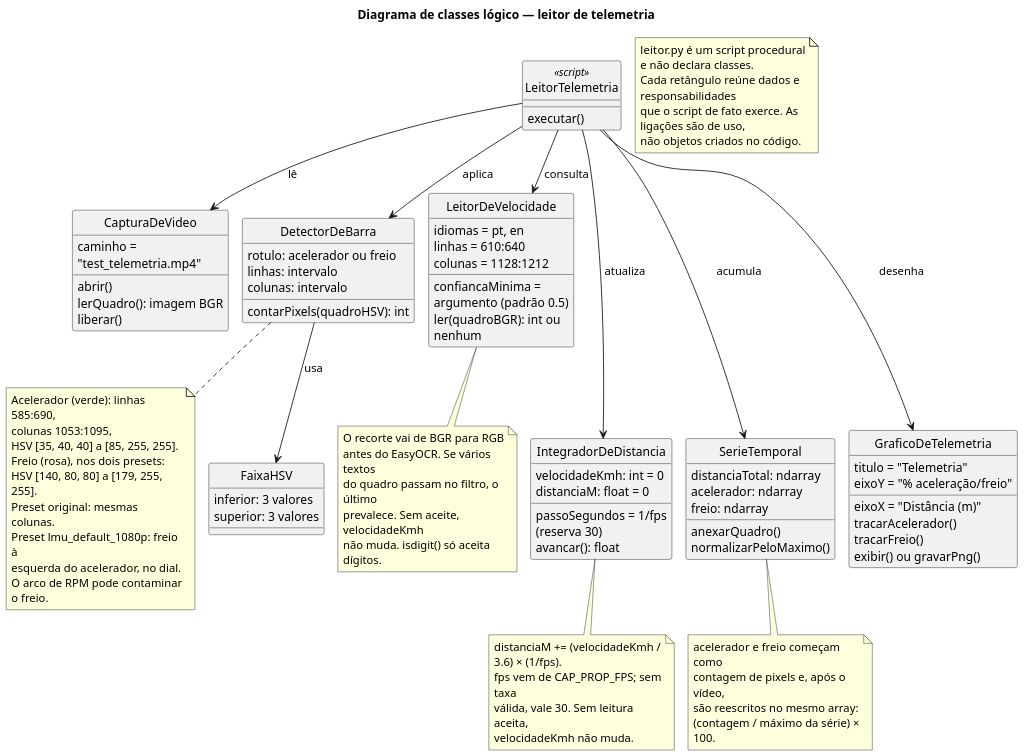
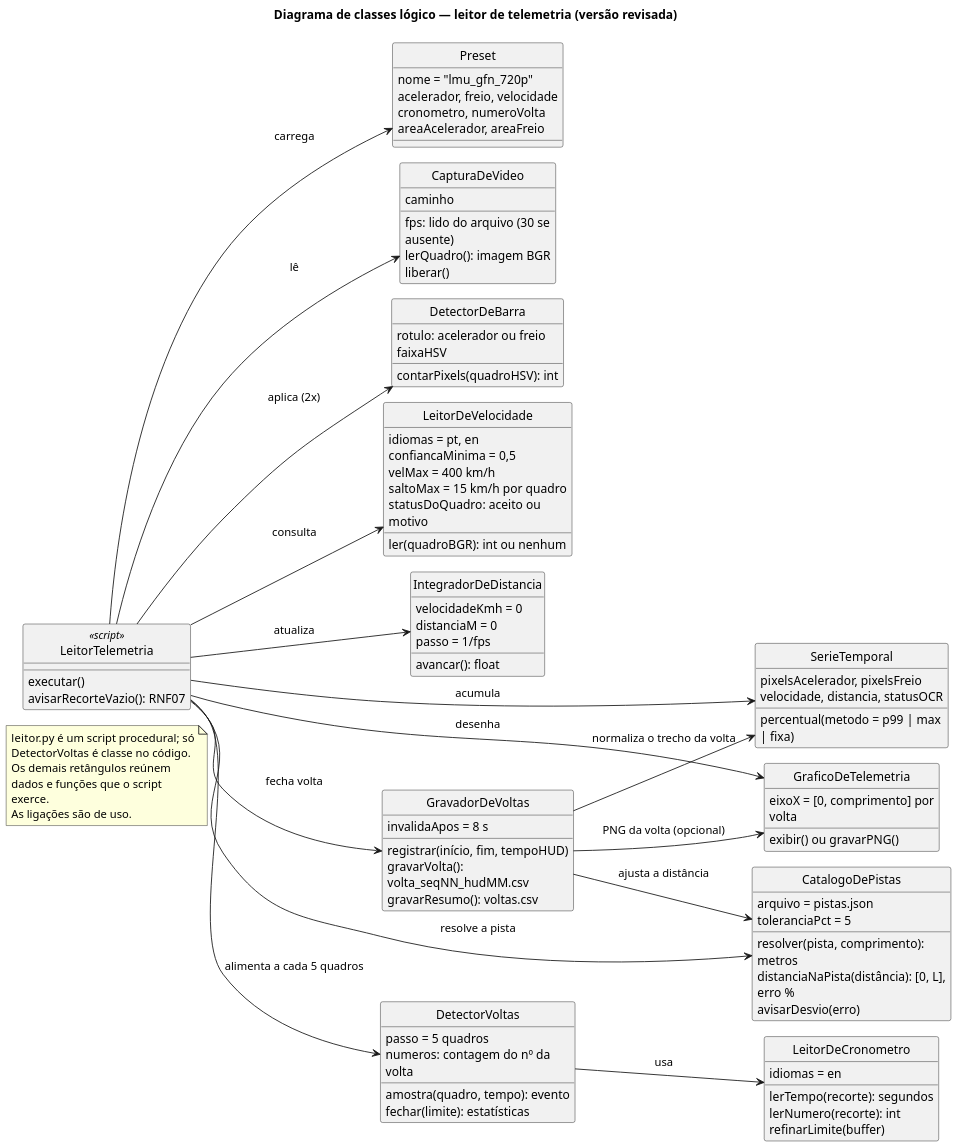
One commit to Matheus-Hen/telemetria_cloud changed the diagram in docs/diagramas/diagrama-classes.puml. Above: the diagram before and after it, drawn with PlantUML. The commit also changed 12 other files, not shown here.

First line of the commit message:
Exige a pista e fixa o eixo de distância no comprimento oficial

```diff
--- a/docs/diagramas/diagrama-classes.puml
+++ b/docs/diagramas/diagrama-classes.puml
@@ -1,122 +1,114 @@
 @startuml diagrama-classes
+!pragma layout smetana
 skinparam shadowing false
 skinparam dpi 140
 skinparam backgroundColor white
 skinparam classAttributeIconSize 0
-skinparam wrapWidth 200
-skinparam ranksep 28
-skinparam nodesep 16
+skinparam wrapWidth 220
 hide circle
+left to right direction
 
-title Diagrama de classes lógico — leitor de telemetria
+title Diagrama de classes lógico — leitor de telemetria (versão revisada)
 
 note as Escopo
-  leitor.py é um script procedural e não declara classes.
-  Cada retângulo reúne dados e responsabilidades
-  que o script de fato exerce. As ligações são de uso,
-  não objetos criados no código.
+  leitor.py é um script procedural; só DetectorVoltas é classe no código.
+  Os demais retângulos reúnem dados e funções que o script exerce.
+  As ligações são de uso.
 end note
 
 class LeitorTelemetria <<script>> {
   executar()
+  avisarRecorteVazio(): RNF07
+}
+
+class Preset {
+  nome = "lmu_gfn_720p"
+  acelerador, freio, velocidade
+  cronometro, numeroVolta
+  areaAcelerador, areaFreio
 }
 
 class CapturaDeVideo {
-  caminho = "test_telemetria.mp4"
-  abrir()
+  caminho
+  fps: lido do arquivo (30 se ausente)
   lerQuadro(): imagem BGR
   liberar()
 }
 
-class FaixaHSV {
-  inferior: 3 valores
-  superior: 3 valores
-}
-
 class DetectorDeBarra {
   rotulo: acelerador ou freio
-  linhas: intervalo
-  colunas: intervalo
+  faixaHSV
   contarPixels(quadroHSV): int
 }
 
 class LeitorDeVelocidade {
   idiomas = pt, en
-  linhas = 610:640
-  colunas = 1128:1212
-  confiancaMinima = argumento (padrão 0.5)
+  confiancaMinima = 0,5
+  velMax = 400 km/h
+  saltoMax = 15 km/h por quadro
   ler(quadroBGR): int ou nenhum
+  statusDoQuadro: aceito ou motivo
 }
 
 class IntegradorDeDistancia {
-  velocidadeKmh: int = 0
-  distanciaM: float = 0
-  passoSegundos = 1/fps (reserva 30)
+  velocidadeKmh = 0
+  distanciaM = 0
+  passo = 1/fps
   avancar(): float
 }
 
 class SerieTemporal {
-  distanciaTotal: ndarray
-  acelerador: ndarray
-  freio: ndarray
-  anexarQuadro()
-  normalizarPeloMaximo()
+  pixelsAcelerador, pixelsFreio
+  velocidade, distancia, statusOCR
+  percentual(metodo = p99 | max | fixa)
+}
+
+class DetectorVoltas {
+  passo = 5 quadros
+  numeros: contagem do nº da volta
+  amostra(quadro, tempo): evento
+  fechar(limite): estatísticas
+}
+
+class LeitorDeCronometro {
+  idiomas = en
+  lerTempo(recorte): segundos
+  lerNumero(recorte): int
+  refinarLimite(buffer)
+}
+
+class GravadorDeVoltas {
+  invalidaApos = 8 s
+  registrar(início, fim, tempoHUD)
+  gravarVolta(): volta_seqNN_hudMM.csv
+  gravarResumo(): voltas.csv
+}
+
+class CatalogoDePistas {
+  arquivo = pistas.json
+  toleranciaPct = 5
+  resolver(pista, comprimento): metros
+  distanciaNaPista(distância): [0, L], erro %
+  avisarDesvio(erro)
 }
 
 class GraficoDeTelemetria {
-  titulo = "Telemetria"
-  eixoX = "Distância (m)"
-  eixoY = "% aceleração/freio"
-  tracarAcelerador()
-  tracarFreio()
-  exibir() ou gravarPng()
+  eixoX = [0, comprimento] por volta
+  exibir() ou gravarPNG()
 }
 
+LeitorTelemetria --> Preset : carrega
+LeitorTelemetria --> CatalogoDePistas : resolve a pista
 LeitorTelemetria --> CapturaDeVideo : lê
-LeitorTelemetria --> DetectorDeBarra : aplica
+LeitorTelemetria --> DetectorDeBarra : aplica (2x)
 LeitorTelemetria --> LeitorDeVelocidade : consulta
 LeitorTelemetria --> IntegradorDeDistancia : atualiza
 LeitorTelemetria --> SerieTemporal : acumula
+LeitorTelemetria --> DetectorVoltas : alimenta a cada 5 quadros
+DetectorVoltas --> LeitorDeCronometro : usa
+LeitorTelemetria --> GravadorDeVoltas : fecha volta
+GravadorDeVoltas --> SerieTemporal : normaliza o trecho da volta
+GravadorDeVoltas --> CatalogoDePistas : ajusta a distância
+GravadorDeVoltas --> GraficoDeTelemetria : PNG da volta (opcional)
 LeitorTelemetria --> GraficoDeTelemetria : desenha
-DetectorDeBarra --> FaixaHSV : usa
-
-CapturaDeVideo -[hidden]right- DetectorDeBarra
-DetectorDeBarra -[hidden]right- LeitorDeVelocidade
-IntegradorDeDistancia -[hidden]right- SerieTemporal
-SerieTemporal -[hidden]right- GraficoDeTelemetria
-LeitorDeVelocidade -[hidden]down- IntegradorDeDistancia
-
-note bottom of DetectorDeBarra
-  Acelerador (verde): linhas 585:690,
-  colunas 1053:1095,
-  HSV [35, 40, 40] a [85, 255, 255].
-  Freio (rosa), nos dois presets:
-  HSV [140, 80, 80] a [179, 255, 255].
-  Preset original: mesmas colunas.
-  Preset lmu_default_1080p: freio à
-  esquerda do acelerador, no dial.
-  O arco de RPM pode contaminar o freio.
-end note
-
-note bottom of LeitorDeVelocidade
-  O recorte vai de BGR para RGB
-  antes do EasyOCR. Se vários textos
-  do quadro passam no filtro, o último
-  prevalece. Sem aceite, velocidadeKmh
-  não muda. isdigit() só aceita dígitos.
-end note
-
-note bottom of IntegradorDeDistancia
-  distanciaM += (velocidadeKmh / 3.6) × (1/fps).
-  fps vem de CAP_PROP_FPS; sem taxa
-  válida, vale 30. Sem leitura aceita,
-  velocidadeKmh não muda.
-end note
-
-note bottom of SerieTemporal
-  acelerador e freio começam como
-  contagem de pixels e, após o vídeo,
-  são reescritos no mesmo array:
-  (contagem / máximo da série) × 100.
-end note
 @enduml
```
